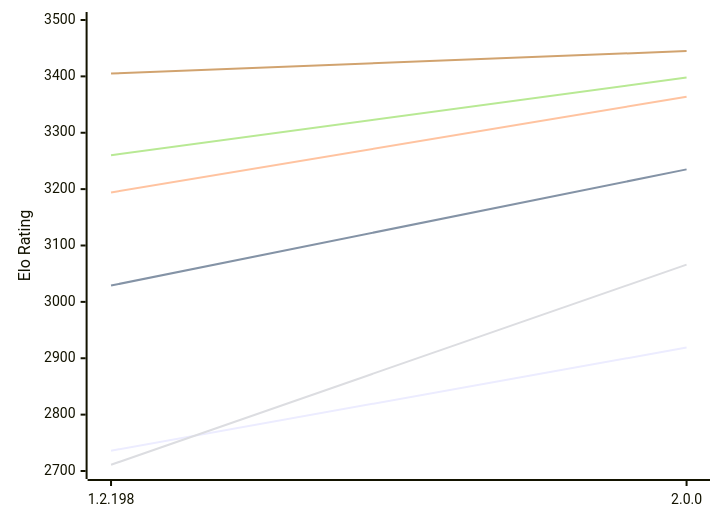
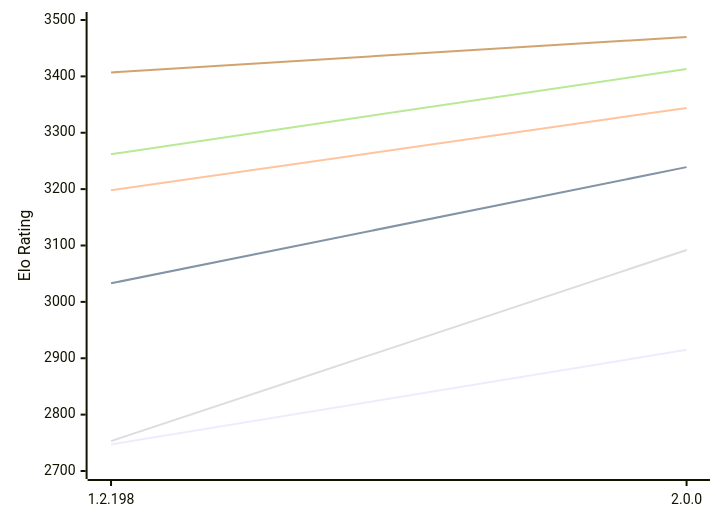
Before and after one commit to computer-chess-index/cci: the diagram in engines/Zenith.md, drawn with Mermaid. The commit also changed other lines of this file, not shown here.

Commit message:
Update CCI Ratings (ELO VLTC) - 2026-10-17

````diff
--- a/engines/Zenith.md
+++ b/engines/Zenith.md
@@ -49,12 +49,12 @@
 ```mermaid
 %%{init: {"theme":"base","themeVariables":{"seriesColors:['#a3a3a3','#222221','#faa371']}}}%%
 xychart-beta
   x-axis ["1.2.198", "2.0.0"]
   y-axis "Elo Rating" 2700 --> 3500
-  line "E1: STC (8.0+0.08s)" [2736, 2919]
-  line "E1: LTC (60.0+0.60s)" [3029, 3235]
-  line "E1: VLTC (2m24s+1.12s)" [3194, 3364]
-  line "P1: STC (8.0+0.08s)" [2711, 3066]
-  line "P1: LTC (60.0+0.60s)" [3260, 3398]
-  line "P1: VLTC (2m24s+1.12s)" [3405, 3445]
+  line "E1: STC (8.0+0.08s)" [2747, 2915]
+  line "E1: LTC (60.0+0.60s)" [3033, 3239]
+  line "E1: VLTC (2m24s+1.12s)" [3198, 3344]
+  line "P1: STC (8.0+0.08s)" [2753, 3092]
+  line "P1: LTC (60.0+0.60s)" [3262, 3413]
+  line "P1: VLTC (2m24s+1.12s)" [3407, 3470]
 ```
````
